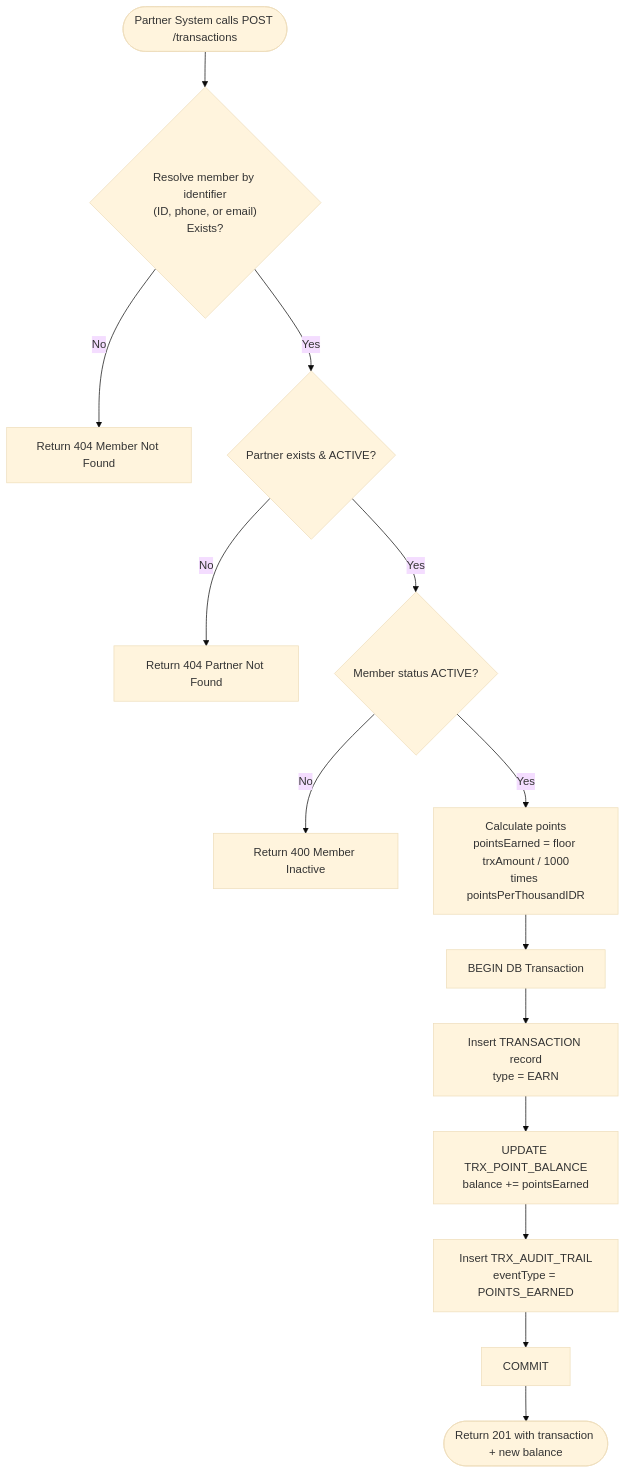
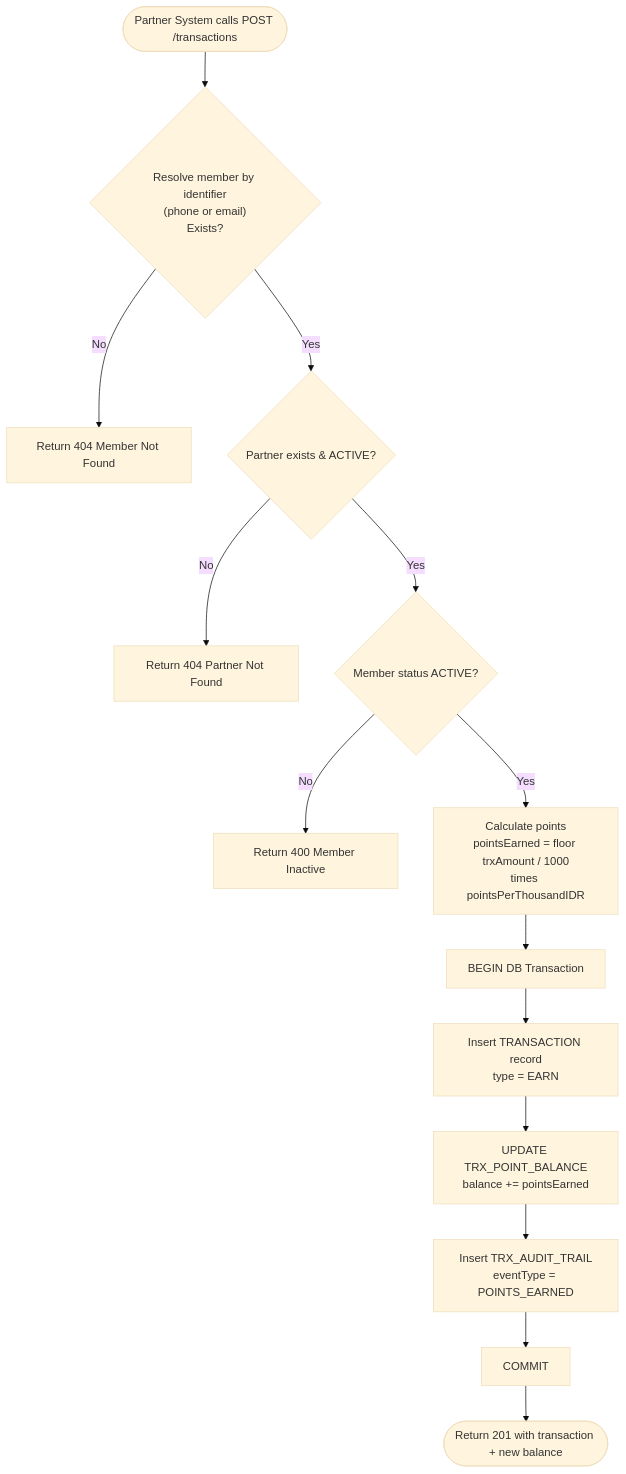
Before and after one commit to jtnqr/JDT-17-LOYALTY: the second of 4 diagrams in TSD.md, drawn with Mermaid (base theme). The commit also changed 3 other files, not shown here.

First line of the commit message:
docs: add usecase and activity diagrams, update access roles

````diff
--- a/TSD.md
+++ b/TSD.md
@@ -123,16 +123,16 @@
 ```mermaid
 flowchart TD
-    A([Partner System calls POST /transactions]) --> B{"Resolve member by identifier<br>(ID, phone, or email)<br>Exists?"}
+    A([Partner System calls POST /transactions]) --> B{"Resolve member by identifier<br>(phone or email)<br>Exists?"}
     B -- No --> ERR1[Return 404 Member Not Found]
     B -- Yes --> C{Partner exists & ACTIVE?}
     C -- No --> ERR2[Return 404 Partner Not Found]
     C -- Yes --> D{Member status ACTIVE?}
     D -- No --> ERR3[Return 400 Member Inactive]
     D -- Yes --> E["Calculate points<br>pointsEarned = floor trxAmount / 1000<br>times pointsPerThousandIDR"]
     E --> F[BEGIN DB Transaction]
     F --> G["Insert TRANSACTION record<br>type = EARN"]
     G --> H["UPDATE TRX_POINT_BALANCE<br>balance += pointsEarned"]
     H --> I["Insert TRX_AUDIT_TRAIL<br>eventType = POINTS_EARNED"]
     I --> J[COMMIT]
     J --> K([Return 201 with transaction + new balance])
 ```
````
